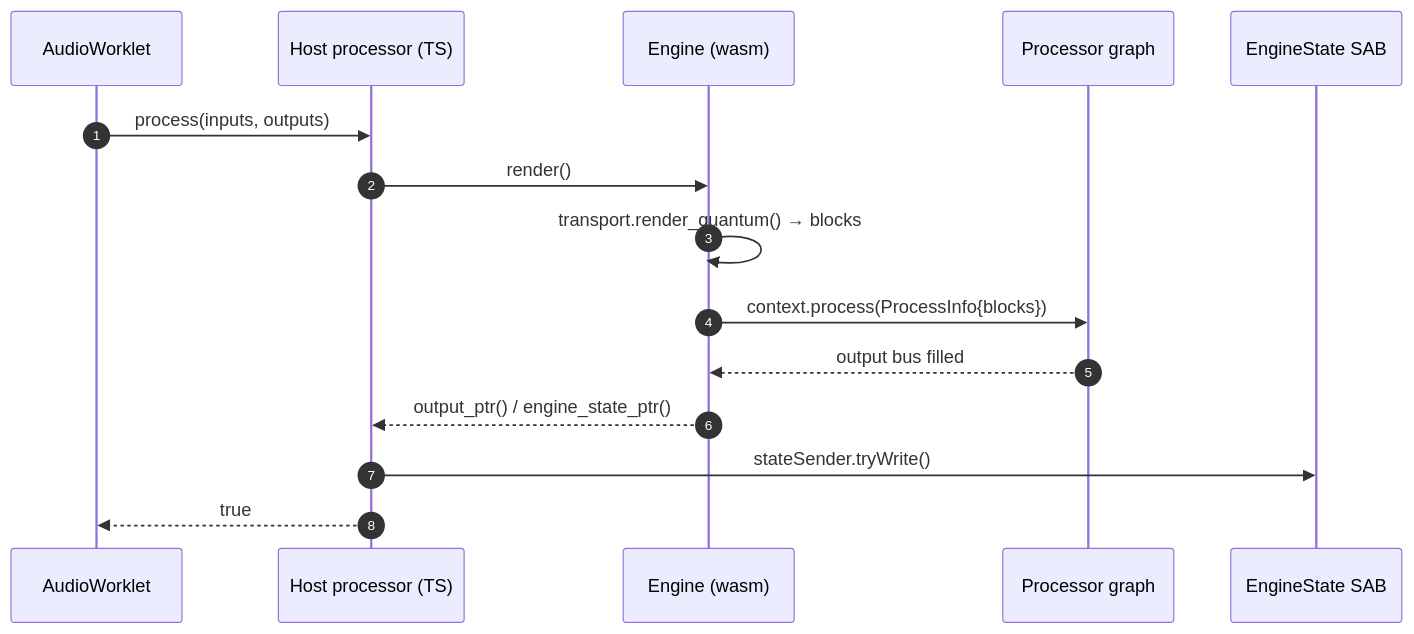
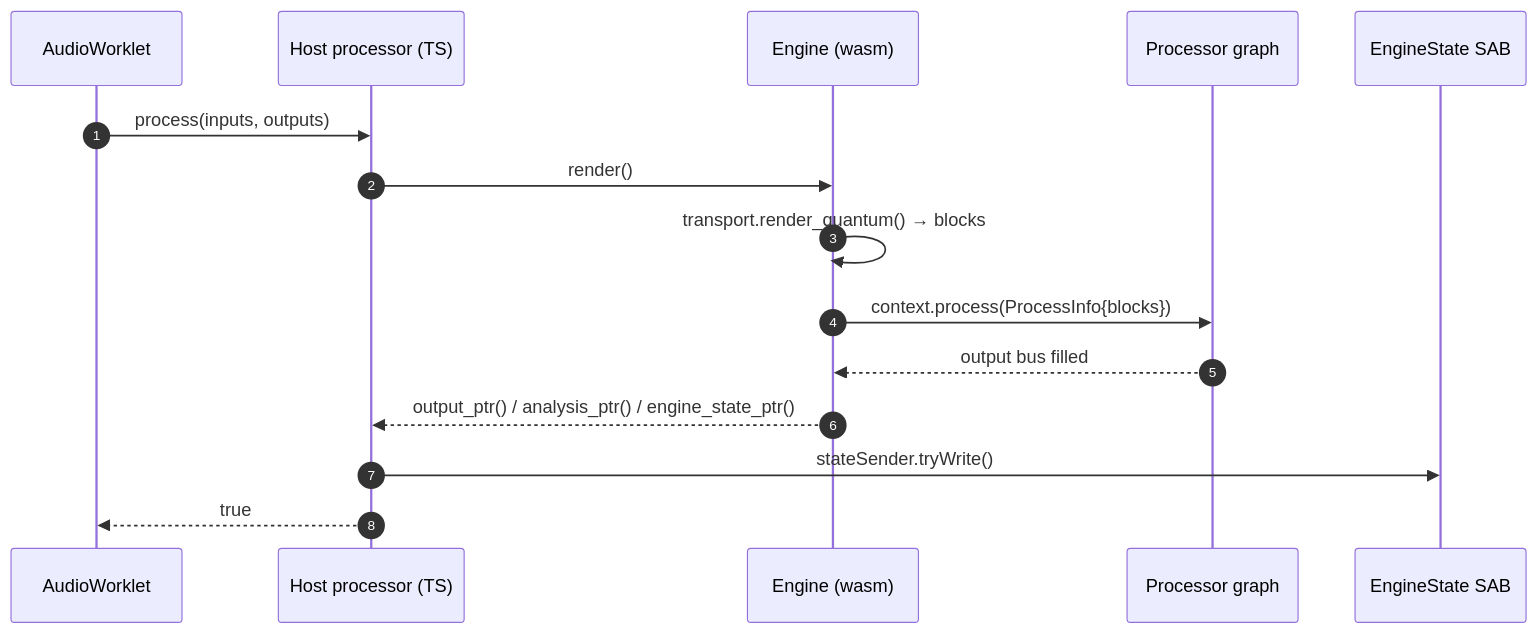
Before and after one commit to naomiaro/opendaw-test: the diagram in documentation/internals/01-engine-processor.md, drawn with Mermaid. The commit also changed other lines of this file and 20 other files, not shown here.

````diff
--- a/documentation/internals/01-engine-processor.md
+++ b/documentation/internals/01-engine-processor.md
@@ -18,18 +18,18 @@
 ```mermaid
 sequenceDiagram
     autonumber
     participant AW as AudioWorklet
     participant H as Host processor (TS)
     participant E as Engine (wasm)
     participant G as Processor graph
     participant SAB as EngineState SAB
 
     AW->>H: process(inputs, outputs)
     H->>E: render()
     E->>E: transport.render_quantum() → blocks
     E->>G: context.process(ProcessInfo{blocks})
     G-->>E: output bus filled
-    E-->>H: output_ptr() / engine_state_ptr()
+    E-->>H: output_ptr() / analysis_ptr() / engine_state_ptr()
     H->>SAB: stateSender.tryWrite()
     H-->>AW: true
 ```
````
